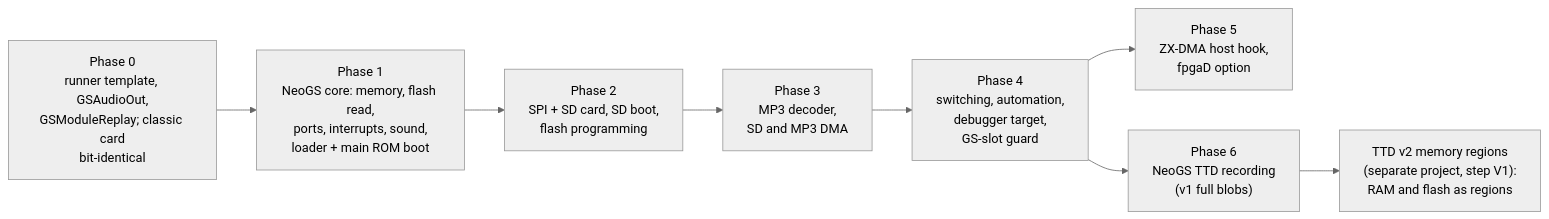
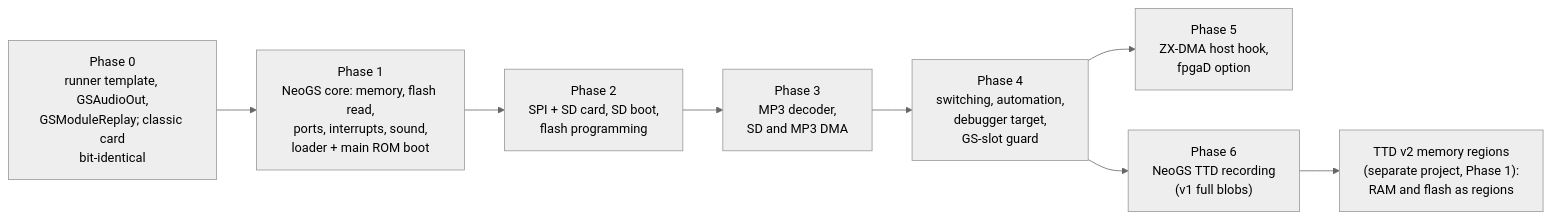
Before and after one commit to alfishe/unreal-ng: the fourth of 4 diagrams in docs/inprogress/2026-09-19-general-sound/neogs-tdd.md, drawn with Mermaid (neutral theme). The commit also changed other lines of this file and 49 other files, not shown here.

First line of the commit message:
docs(ttd): v2 migration roadmap by phases and steps; Phase 1 technical design (PLAN #40)

````diff
--- a/docs/inprogress/2026-09-19-general-sound/neogs-tdd.md
+++ b/docs/inprogress/2026-09-19-general-sound/neogs-tdd.md
@@ -1695,10 +1695,10 @@
 ```mermaid
 flowchart LR
     P0["Phase 0<br/>runner template, GSAudioOut,<br/>GSModuleReplay; classic card<br/>bit-identical"] --> P1["Phase 1<br/>NeoGS core: memory, flash read,<br/>ports, interrupts, sound,<br/>loader + main ROM boot"]
     P1 --> P2["Phase 2<br/>SPI + SD card, SD boot,<br/>flash programming"]
     P2 --> P3["Phase 3<br/>MP3 decoder,<br/>SD and MP3 DMA"]
     P3 --> P4["Phase 4<br/>switching, automation,<br/>debugger target,<br/>GS-slot guard"]
     P4 --> P5["Phase 5<br/>ZX-DMA host hook,<br/>fpgaD option"]
     P4 --> P6["Phase 6<br/>NeoGS TTD recording<br/>(v1 full blobs)"]
-    P6 --> TTD2["TTD v2 memory regions<br/>(separate project, step V1):<br/>RAM and flash as regions"]
+    P6 --> TTD2["TTD v2 memory regions<br/>(separate project, Phase 1):<br/>RAM and flash as regions"]
 ```
````
